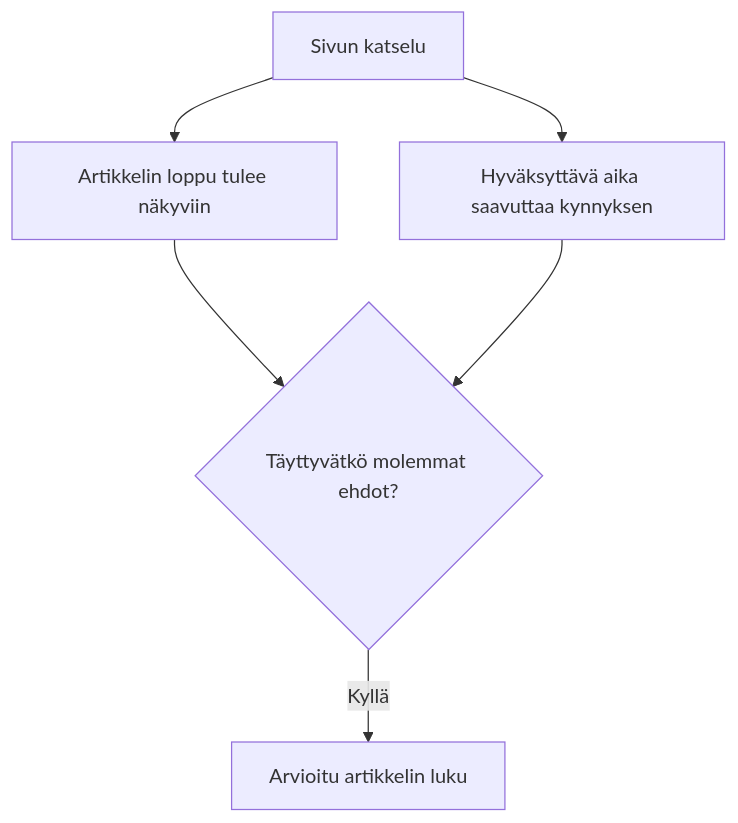
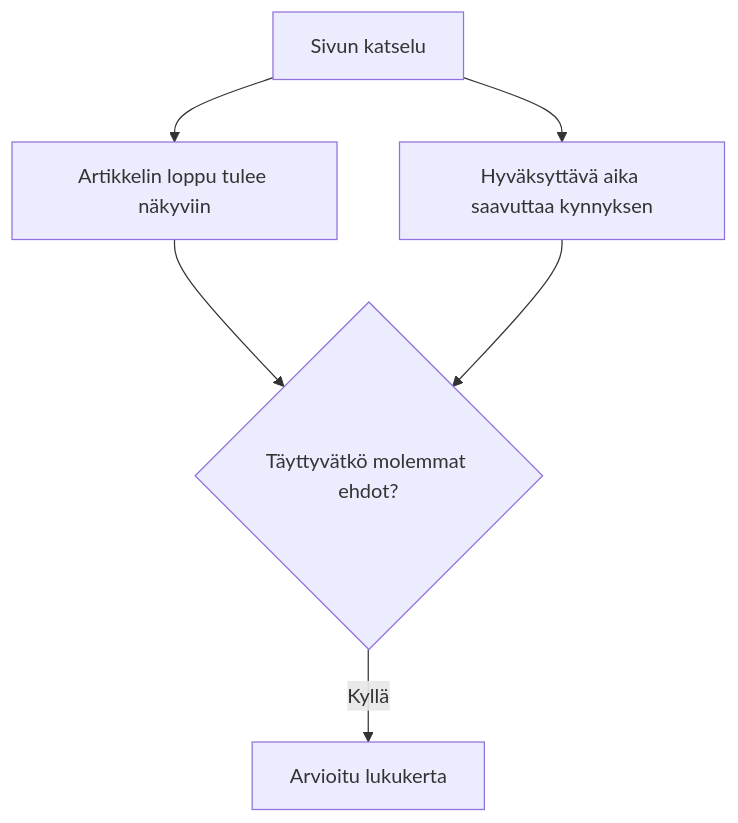
One commit to LawlietNick/lawlietnick.github.io changed the diagram in src/pages/fi/blog/sisallon-kulutuksen-mittaaminen.md. Above: the diagram before and after it, drawn with Mermaid. The commit also changed other lines of this file and 18 other files, not shown here.

````diff
--- a/src/pages/fi/blog/sisallon-kulutuksen-mittaaminen.md
+++ b/src/pages/fi/blog/sisallon-kulutuksen-mittaaminen.md
@@ -196,10 +196,10 @@
 ```mermaid
 flowchart TD
-accTitle: Miten arvioitu artikkelin luku kirjataan
-accDescr: Artikkelin sivun katselulla on kaksi toisistaan riippumatonta ehtoa: artikkelin loppu tulee näkyviin ja hyväksyttävä aika saavuttaa asetetun kynnyksen. Arvioitu artikkelin luku kirjataan vain, kun molemmat ehdot täyttyvät saman sivun katselun aikana.
+accTitle: Miten arvioitu lukukerta kirjataan
+accDescr: Artikkelin sivun katselulla on kaksi toisistaan riippumatonta ehtoa: artikkelin loppu tulee näkyviin ja hyväksyttävä aika saavuttaa asetetun kynnyksen. Arvioitu lukukerta kirjataan vain, kun molemmat ehdot täyttyvät saman sivun katselun aikana.
 A["Sivun katselu"] --> B["Artikkelin loppu tulee näkyviin"]
 A --> C["Hyväksyttävä aika saavuttaa kynnyksen"]
 B --> D{"Täyttyvätkö molemmat ehdot?"}
 C --> D
-D -->|Kyllä| E["Arvioitu artikkelin luku"]
+D -->|Kyllä| E["Arvioitu lukukerta"]
 ```
````
